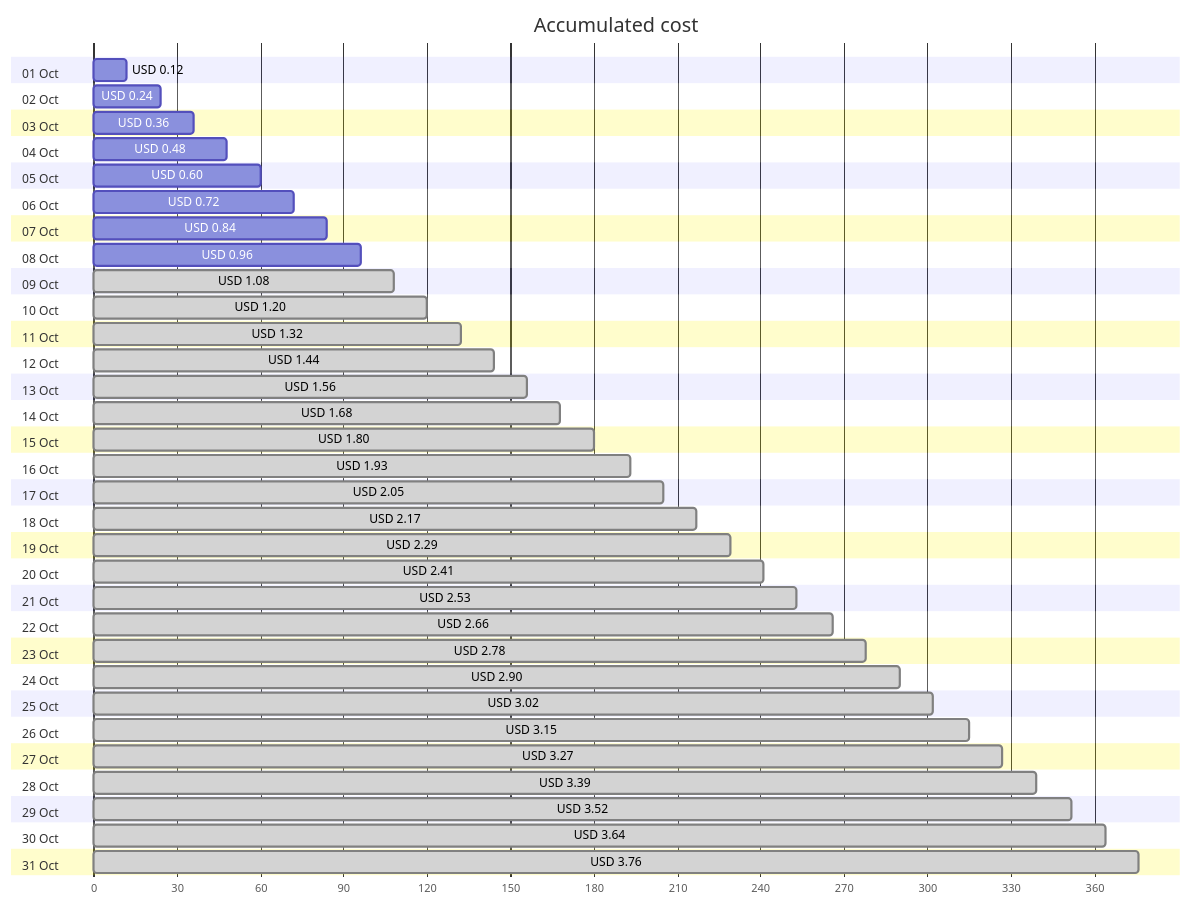
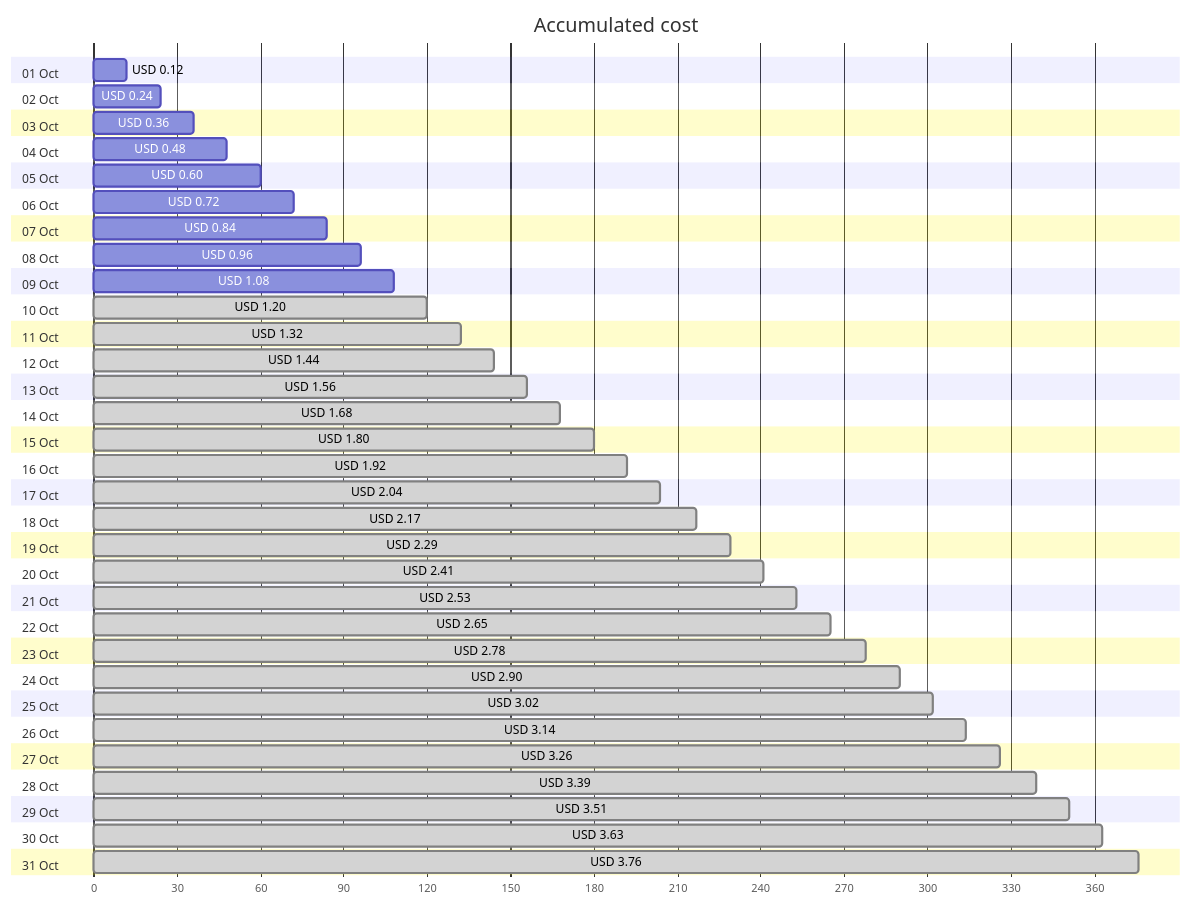
Before and after one commit to jpfulton/azure-personal-reports: the first of 4 diagrams in cost-reports/personal-network/vpn-server-public-ip.md, drawn with Mermaid. The commit also changed other lines of this file and 8 other files, not shown here.

````diff
--- a/cost-reports/personal-network/vpn-server-public-ip.md
+++ b/cost-reports/personal-network/vpn-server-public-ip.md
@@ -20,68 +20,68 @@
 ```mermaid
 gantt
    title Accumulated cost
    dateFormat  X
    axisFormat %s
    section 01 Oct
    USD 0.12 :0, 12
    section 02 Oct
    USD 0.24 :0, 24
    section 03 Oct
    USD 0.36 :0, 36
    section 04 Oct
    USD 0.48 :0, 48
    section 05 Oct
    USD 0.60 :0, 60
    section 06 Oct
    USD 0.72 :0, 72
    section 07 Oct
    USD 0.84 :0, 84
    section 08 Oct
    USD 0.96 :0, 96
    section 09 Oct
-   USD 1.08 : done, 0, 108
+   USD 1.08 :0, 108
    section 10 Oct
    USD 1.20 : done, 0, 120
    section 11 Oct
    USD 1.32 : done, 0, 132
    section 12 Oct
    USD 1.44 : done, 0, 144
    section 13 Oct
    USD 1.56 : done, 0, 156
    section 14 Oct
    USD 1.68 : done, 0, 168
    section 15 Oct
    USD 1.80 : done, 0, 180
    section 16 Oct
-   USD 1.93 : done, 0, 193
+   USD 1.92 : done, 0, 192
    section 17 Oct
-   USD 2.05 : done, 0, 205
+   USD 2.04 : done, 0, 204
    section 18 Oct
    USD 2.17 : done, 0, 217
    section 19 Oct
    USD 2.29 : done, 0, 229
    section 20 Oct
    USD 2.41 : done, 0, 241
    section 21 Oct
    USD 2.53 : done, 0, 253
    section 22 Oct
-   USD 2.66 : done, 0, 266
+   USD 2.65 : done, 0, 265
    section 23 Oct
    USD 2.78 : done, 0, 278
    section 24 Oct
    USD 2.90 : done, 0, 290
    section 25 Oct
    USD 3.02 : done, 0, 302
    section 26 Oct
-   USD 3.15 : done, 0, 315
+   USD 3.14 : done, 0, 314
    section 27 Oct
-   USD 3.27 : done, 0, 327
+   USD 3.26 : done, 0, 326
    section 28 Oct
    USD 3.39 : done, 0, 339
    section 29 Oct
-   USD 3.52 : done, 0, 352
+   USD 3.51 : done, 0, 351
    section 30 Oct
-   USD 3.64 : done, 0, 364
+   USD 3.63 : done, 0, 363
    section 31 Oct
    USD 3.76 : done, 0, 376
 ```
````
